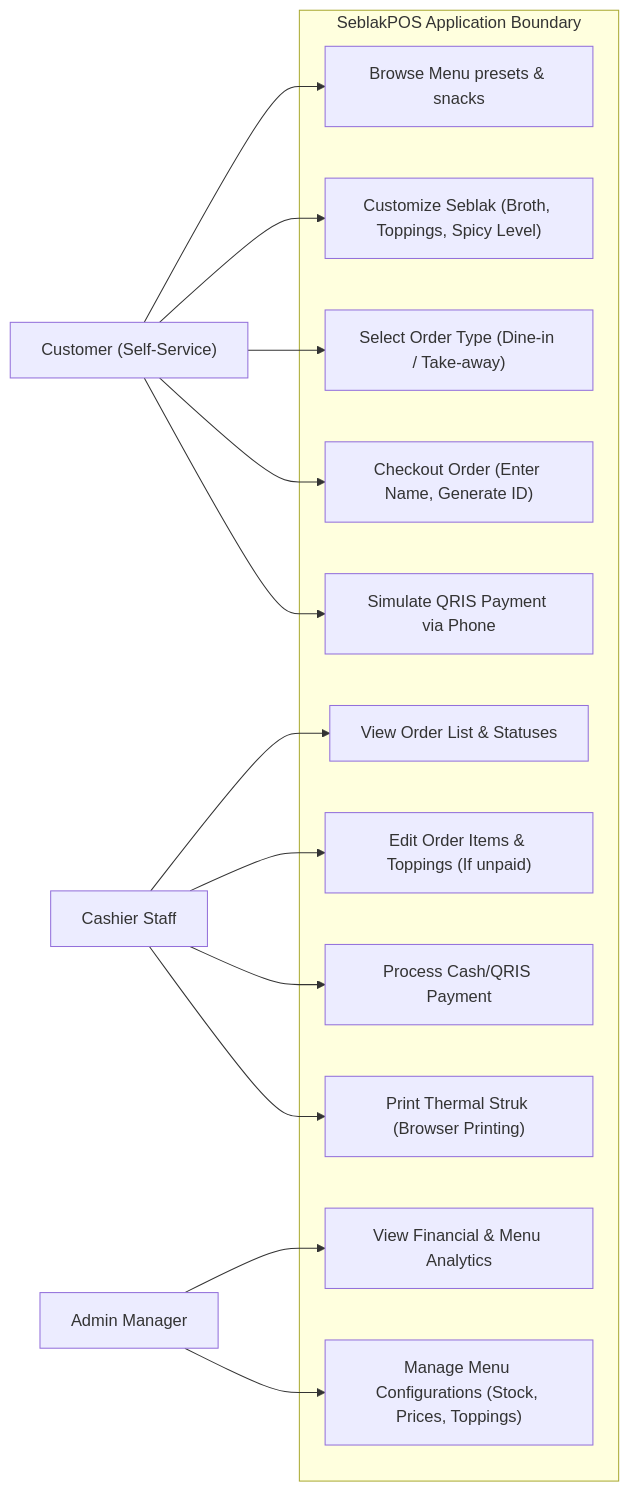
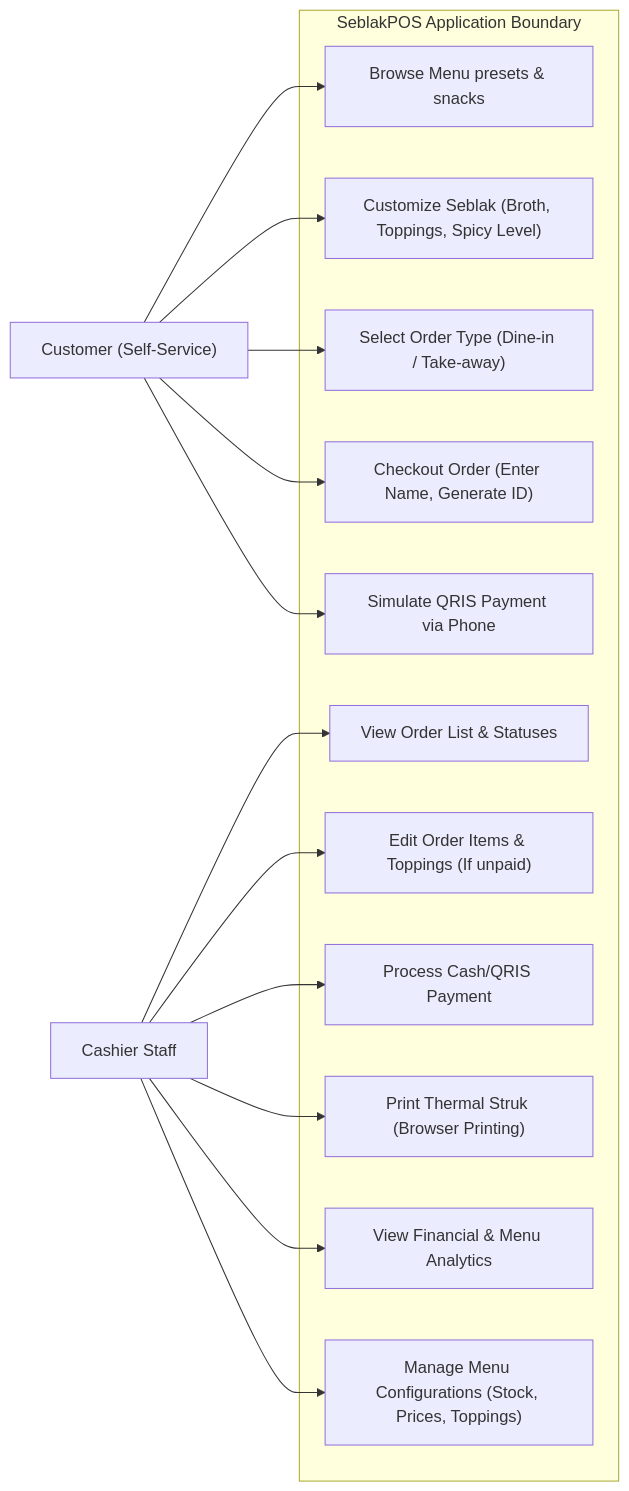
Before and after one commit to TomoNx/seblak: the second of 5 diagrams in project_architecture_diagrams.md, drawn with Mermaid. The commit also changed other lines of this file and 5 other files, not shown here.

Commit message:
docs: update and generate PNG images for all UML diagrams (MVC, Use Case, ERD, and Sequences)

````diff
--- a/project_architecture_diagrams.md
+++ b/project_architecture_diagrams.md
@@ -50,43 +52,40 @@
 ```mermaid
 graph LR
     %% Actors
     CustomerNode["Customer (Self-Service)"]
     CashierNode["Cashier Staff"]
-    AdminNode["Admin Manager"]
 
     subgraph "SeblakPOS Application Boundary"
         %% Customer Use Cases
         UC_Browse["Browse Menu presets & snacks"]
         UC_CustomOrder["Customize Seblak (Broth, Toppings, Spicy Level)"]
         UC_SelectOrderType["Select Order Type (Dine-in / Take-away)"]
         UC_Checkout["Checkout Order (Enter Name, Generate ID)"]
         UC_ScanQR["Simulate QRIS Payment via Phone"]
 
         %% Cashier Use Cases
         UC_ViewQueue["View Order List & Statuses"]
         UC_EditOrder["Edit Order Items & Toppings (If unpaid)"]
         UC_ConfirmPayment["Process Cash/QRIS Payment"]
         UC_PrintReceipt["Print Thermal Struk (Browser Printing)"]
 
-        %% Admin Use Cases
+        %% Admin/Management Use Cases (Handled by Cashier)
         UC_Analytics["View Financial & Menu Analytics"]
         UC_ManageMenu["Manage Menu Configurations (Stock, Prices, Toppings)"]
     end
 
     %% Relations Customer
     CustomerNode --> UC_Browse
     CustomerNode --> UC_CustomOrder
     CustomerNode --> UC_SelectOrderType
     CustomerNode --> UC_Checkout
     CustomerNode --> UC_ScanQR
 
     %% Relations Cashier
     CashierNode --> UC_ViewQueue
     CashierNode --> UC_EditOrder
     CashierNode --> UC_ConfirmPayment
     CashierNode --> UC_PrintReceipt
-
-    %% Relations Admin
-    AdminNode --> UC_Analytics
-    AdminNode --> UC_ManageMenu
+    CashierNode --> UC_Analytics
+    CashierNode --> UC_ManageMenu
 ```
````
